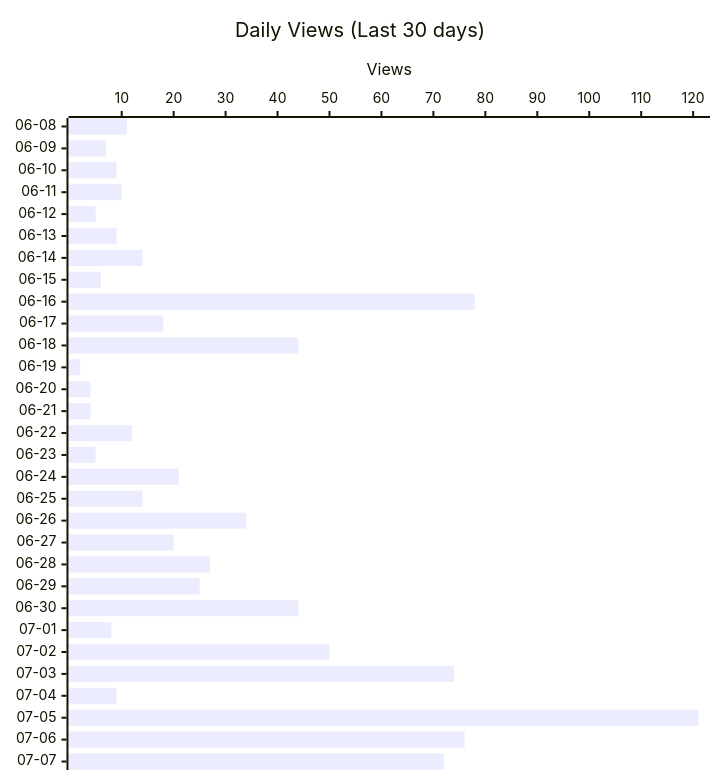
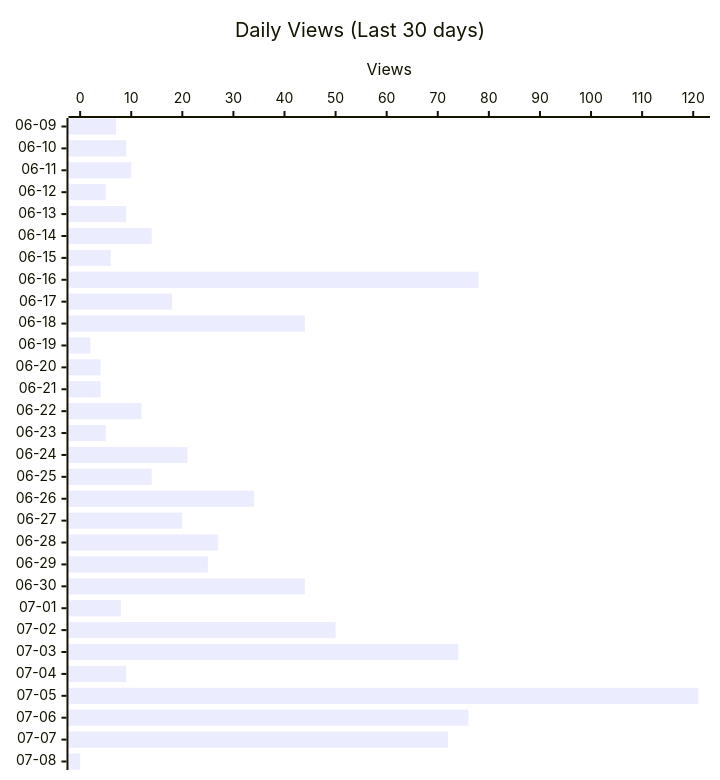
The second of 4 diagrams in README.md (shigechika/github-insights), drawn with Mermaid before and after one commit. The commit also changed other lines of this file and 2 other files, not shown here.

````diff
--- a/README.md
+++ b/README.md
@@ -28,12 +28,12 @@
 ```mermaid
 ---
 config:
   xyChart:
     height: 760
 ---
 xychart-beta horizontal
     title "Daily Views (Last 30 days)"
-    x-axis ["06-08", "06-09", "06-10", "06-11", "06-12", "06-13", "06-14", "06-15", "06-16", "06-17", "06-18", "06-19", "06-20", "06-21", "06-22", "06-23", "06-24", "06-25", "06-26", "06-27", "06-28", "06-29", "06-30", "07-01", "07-02", "07-03", "07-04", "07-05", "07-06", "07-07"]
+    x-axis ["06-09", "06-10", "06-11", "06-12", "06-13", "06-14", "06-15", "06-16", "06-17", "06-18", "06-19", "06-20", "06-21", "06-22", "06-23", "06-24", "06-25", "06-26", "06-27", "06-28", "06-29", "06-30", "07-01", "07-02", "07-03", "07-04", "07-05", "07-06", "07-07", "07-08"]
     y-axis "Views"
-    bar [11, 7, 9, 10, 5, 9, 14, 6, 78, 18, 44, 2, 4, 4, 12, 5, 21, 14, 34, 20, 27, 25, 44, 8, 50, 74, 9, 121, 76, 72]
+    bar [7, 9, 10, 5, 9, 14, 6, 78, 18, 44, 2, 4, 4, 12, 5, 21, 14, 34, 20, 27, 25, 44, 8, 50, 74, 9, 121, 76, 72, 0]
 ```
````
